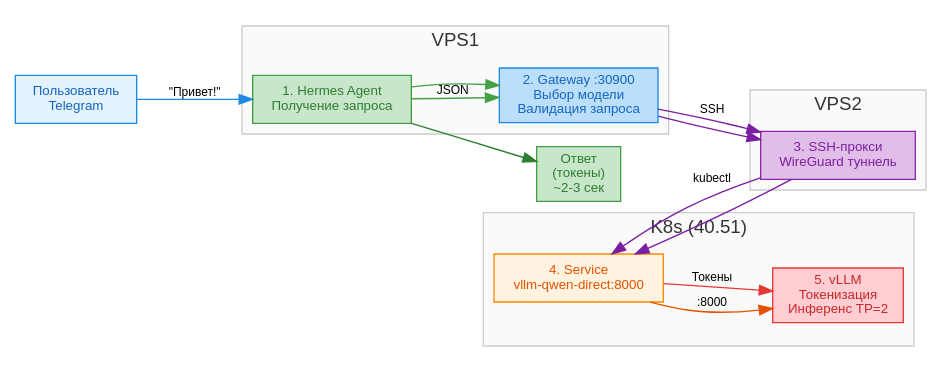
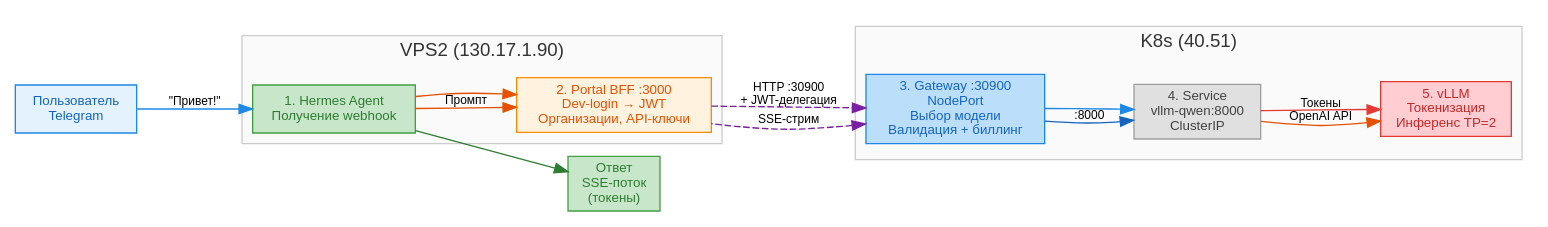
Before and after one commit to dedvmedved-dot/aither-project: the diagram in diagrams/request-flow.dot, drawn with Graphviz. The commit also changed 3 other files, not shown here.

Commit message:
Обновление схем: архитектура (VPS2 - основной шлюз, Gateway в K8s, VPS1 - резерв), путь запроса (Portal BFF + Gateway NodePort + SSE)

```diff
--- a/diagrams/request-flow.dot
+++ b/diagrams/request-flow.dot
@@ -1,42 +1,43 @@
 digraph RequestFlow {
     rankdir=LR;
     bgcolor="#ffffff";
     fontname="Helvetica";
     node [fontname="Helvetica", fontsize=10, style=filled, color="#555555"];
     edge [fontname="Helvetica", fontsize=9, color="#888888"];
 
     user [label="Пользователь\nTelegram", shape=box, fillcolor="#e3f2fd", fontcolor="#1565c0", color="#1e88e5"];
     
-    subgraph cluster_vps1 {
-        label="VPS1";
+    subgraph cluster_vps2 {
+        label="VPS2 (130.17.1.90)";
         fontcolor="#333333"; color="#cccccc"; bgcolor="#fafafa";
-        hermes [label="1. Hermes Agent\nПолучение запроса", shape=box, fillcolor="#c8e6c9", fontcolor="#2e7d32", color="#43a047"];
-        gw [label="2. Gateway :30900\nВыбор модели\nВалидация запроса", shape=box, fillcolor="#bbdefb", fontcolor="#1565c0", color="#1e88e5"];
+        hermes [label="1. Hermes Agent\nПолучение webhook", shape=box, fillcolor="#c8e6c9", fontcolor="#2e7d32", color="#43a047"];
+        bff [label="2. Portal BFF :3000\nDev-login → JWT\nОрганизации, API-ключи", shape=box, fillcolor="#fff3e0", fontcolor="#e65100", color="#fb8c00"];
     }
     
-    subgraph cluster_vps2 {
-        label="VPS2";
-        fontcolor="#333333"; color="#cccccc"; bgcolor="#fafafa";
-        proxy [label="3. SSH-прокси\nWireGuard туннель", shape=box, fillcolor="#e1bee7", fontcolor="#7b1fa2", color="#8e24aa"];
+    subgraph cluster_vpn {
+        label="WireGuard VPN";
+        fontcolor="#333333"; color="#b39ddb"; bgcolor="#f3e5f5";
+        style=dashed;
     }
     
     subgraph cluster_k8s {
         label="K8s (40.51)";
         fontcolor="#333333"; color="#cccccc"; bgcolor="#fafafa";
-        svc [label="4. Service\nvllm-qwen-direct:8000", shape=box, fillcolor="#fff3e0", fontcolor="#e65100", color="#fb8c00"];
+        gw [label="3. Gateway :30900\nNodePort\nВыбор модели\nВалидация + биллинг", shape=box, fillcolor="#bbdefb", fontcolor="#1565c0", color="#1e88e5"];
+        svc [label="4. Service\nvllm-qwen:8000\nClusterIP", shape=box, fillcolor="#e0e0e0", fontcolor="#424242", color="#9e9e9e"];
         vllm [label="5. vLLM\nТокенизация\nИнференс TP=2", shape=box, fillcolor="#ffcdd2", fontcolor="#c62828", color="#e53935"];
     }
     
-    out [label="Ответ\n(токены)\n~2-3 сек", shape=box, fillcolor="#c8e6c9", fontcolor="#2e7d32", color="#43a047"];
+    out [label="Ответ\nSSE-поток\n(токены)", shape=box, fillcolor="#c8e6c9", fontcolor="#2e7d32", color="#43a047"];
     
     user -> hermes [label=" \"Привет!\"", color="#1e88e5"];
-    hermes -> gw [label=" JSON", color="#43a047"];
-    gw -> proxy [label=" SSH", color="#7b1fa2"];
-    proxy -> svc [label=" kubectl", color="#7b1fa2"];
-    svc -> vllm [label=" :8000", color="#e65100"];
+    hermes -> bff [label=" Промпт", color="#e65100"];
+    bff -> gw [label=" HTTP :30900\n+ JWT-делегация", color="#7b1fa2", style=dashed];
+    gw -> svc [label=" :8000", color="#1565c0"];
+    svc -> vllm [label=" OpenAI API", color="#e65100"];
     vllm -> svc [label=" Токены", color="#e53935", dir=back];
-    svc -> proxy [dir=back, color="#7b1fa2"];
-    proxy -> gw [dir=back, color="#7b1fa2"];
-    gw -> hermes [dir=back, color="#43a047"];
+    svc -> gw [dir=back, color="#1e88e5"];
+    gw -> bff [label=" SSE-стрим", dir=back, color="#7b1fa2", style=dashed];
+    bff -> hermes [dir=back, color="#e65100"];
     hermes -> out [color="#2e7d32"];
 }
```
